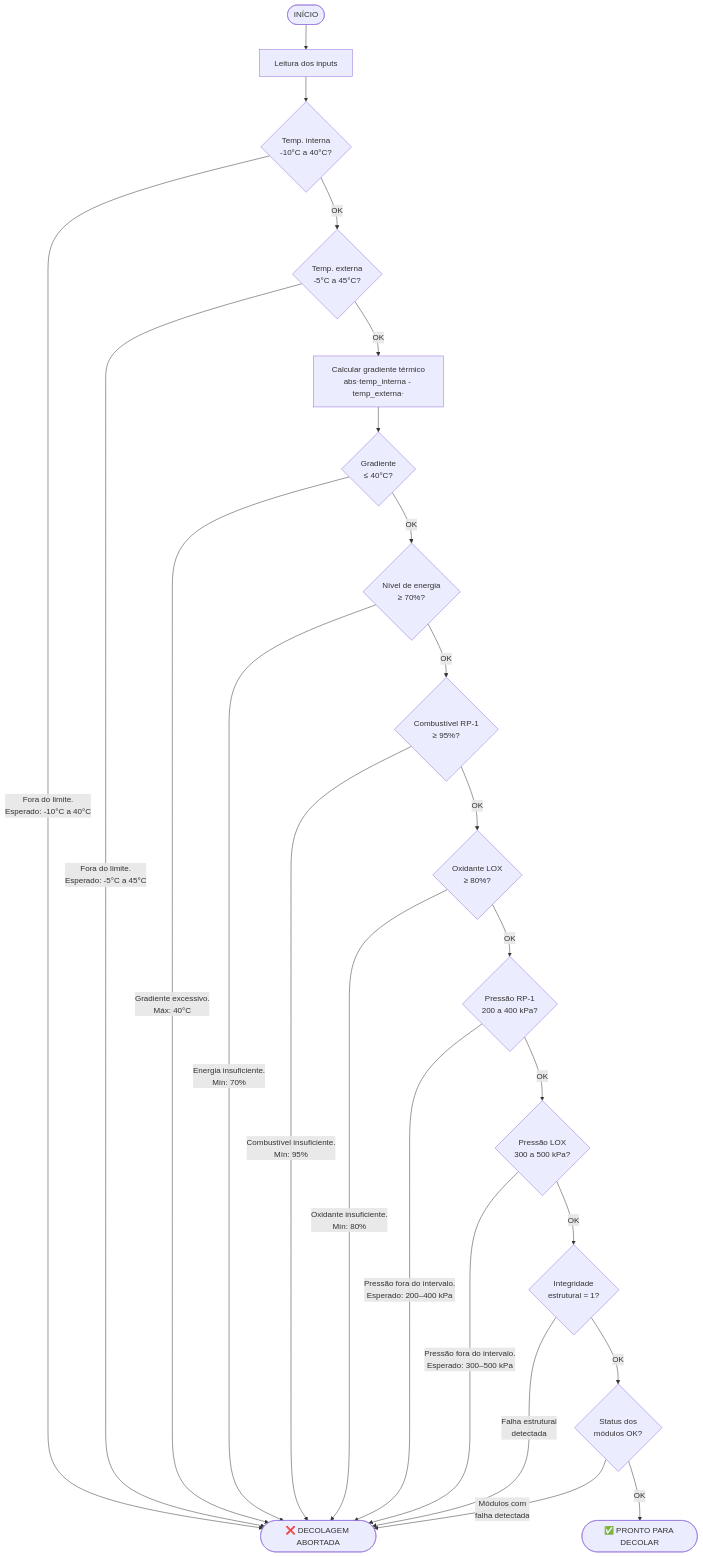
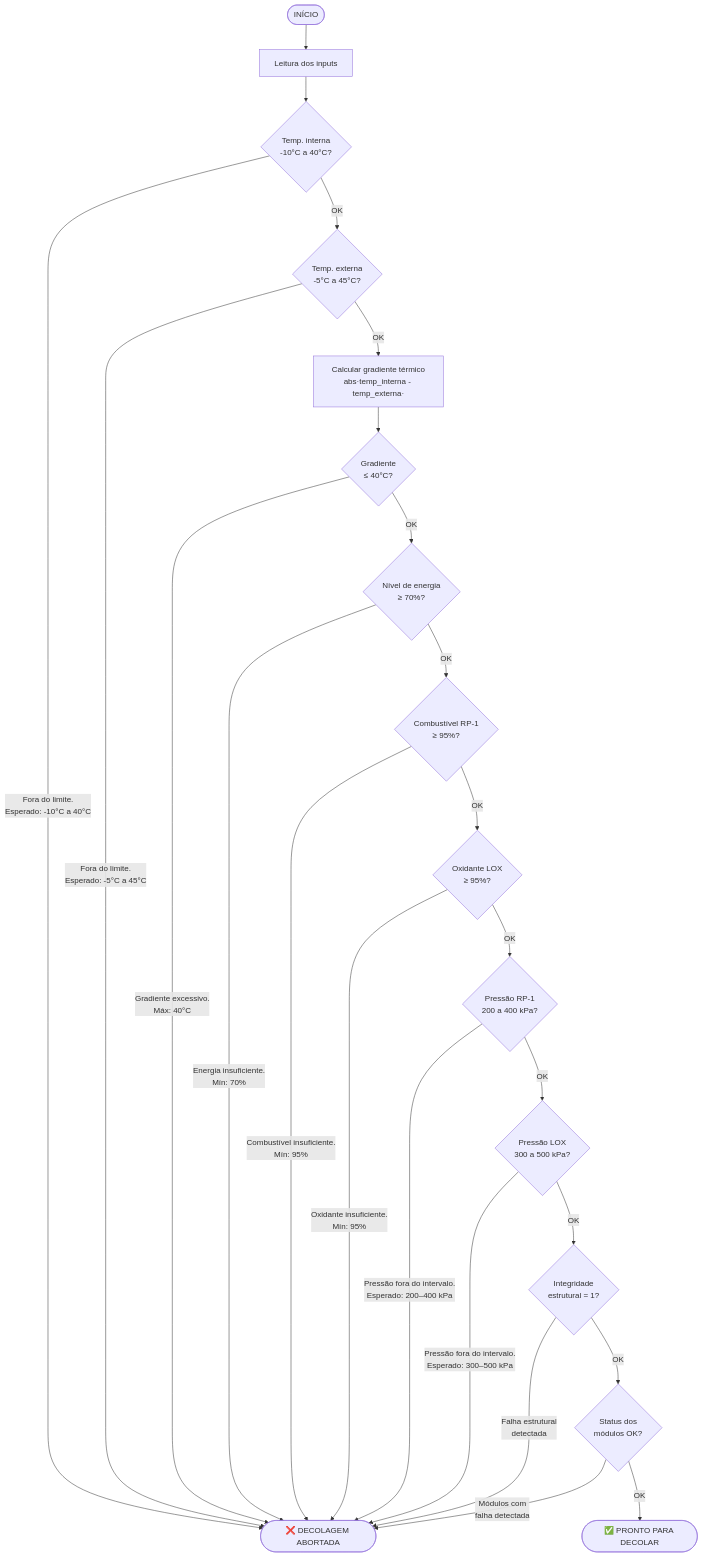
One commit to Aurora-Siger/Aurora-Siger changed the diagram in README.md. Above: the diagram before and after it, drawn with Mermaid. The commit also changed other lines of this file and 2 other files, not shown here.

Commit message:
Atualiza limites de oxidante LOX para 95% no README, app.py e aurora_siger_colab.ipynb

````diff
--- a/README.md
+++ b/README.md
@@ -44,29 +44,29 @@
 ```mermaid
 flowchart TD
     A([INÍCIO]) --> B[Leitura dos inputs]
     B --> C{Temp. interna\n-10°C a 40°C?}
     C -- "Fora do limite.\nEsperado: -10°C a 40°C" --> Z
     C -- OK --> D{Temp. externa\n-5°C a 45°C?}
     D -- "Fora do limite.\nEsperado: -5°C a 45°C" --> Z
     D -- OK --> E[Calcular gradiente térmico\nabs·temp_interna - temp_externa·]
     E --> F{Gradiente\n≤ 40°C?}
     F -- "Gradiente excessivo.\nMáx: 40°C" --> Z
     F -- OK --> G{Nível de energia\n≥ 70%?}
     G -- "Energia insuficiente.\nMín: 70%" --> Z
     G -- OK --> H{Combustível RP-1\n≥ 95%?}
     H -- "Combustível insuficiente.\nMín: 95%" --> Z
-    H -- OK --> I{Oxidante LOX\n≥ 80%?}
-    I -- "Oxidante insuficiente.\nMín: 80%" --> Z
+    H -- OK --> I{Oxidante LOX\n≥ 95%?}
+    I -- "Oxidante insuficiente.\nMín: 95%" --> Z
     I -- OK --> J{Pressão RP-1\n200 a 400 kPa?}
     J -- "Pressão fora do intervalo.\nEsperado: 200–400 kPa" --> Z
     J -- OK --> J2{Pressão LOX\n300 a 500 kPa?}
     J2 -- "Pressão fora do intervalo.\nEsperado: 300–500 kPa" --> Z
     J2 -- OK --> K{Integridade\nestrutural = 1?}
     K -- "Falha estrutural\ndetectada" --> Z
     K -- OK --> L{Status dos\nmódulos OK?}
     L -- "Módulos com\nfalha detectada" --> Z
     L -- OK --> Y
 
     Y([✅ PRONTO PARA DECOLAR])
     Z([❌ DECOLAGEM ABORTADA])
 ```
````
